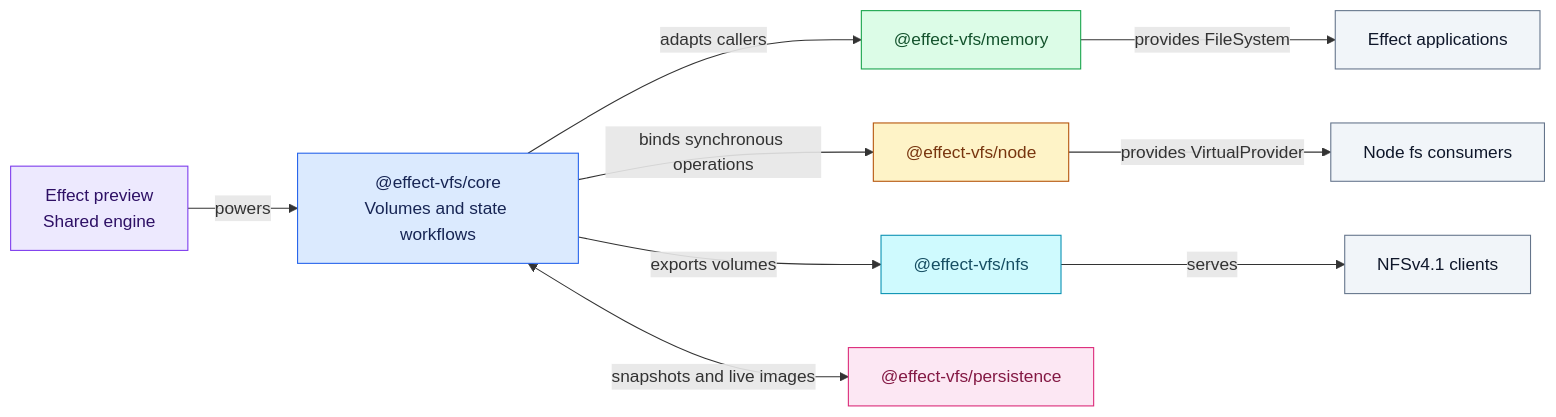
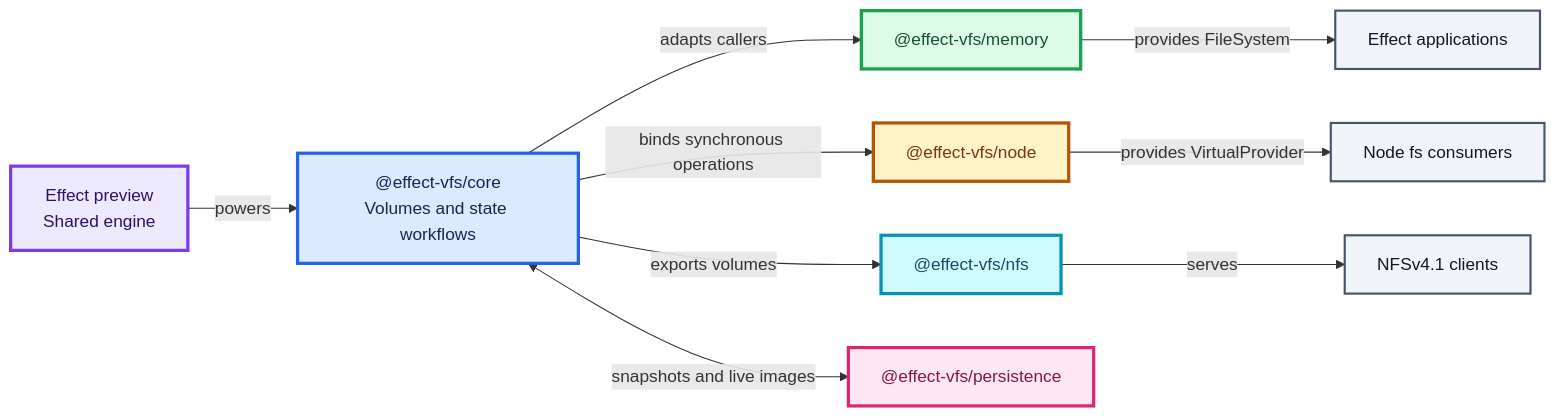
One commit to lloydrichards/effect-virtual-fs changed the first of 2 diagrams in .okf/architecture/package-feature-map.md. Above: the diagram before and after it, drawn with Mermaid. The commit also changed other lines of this file and 1 other file, not shown here.

Commit message:
docs(okf): strengthen feature map node styles

````diff
--- a/.okf/architecture/package-feature-map.md
+++ b/.okf/architecture/package-feature-map.md
@@ -38,25 +38,25 @@
 ```mermaid
 flowchart LR
   Preview["Effect preview<br/>Shared engine"] -->|powers| Core["@effect-vfs/core<br/>Volumes and state workflows"]
   Core -->|adapts callers| Memory["@effect-vfs/memory"]
   Core -->|binds synchronous operations| Node["@effect-vfs/node"]
   Core -->|exports volumes| NFS["@effect-vfs/nfs"]
   Core <-->|snapshots and live images| Persistence["@effect-vfs/persistence"]
   Memory -->|provides FileSystem| EffectApps["Effect applications"]
   Node -->|provides VirtualProvider| NodeApps["Node fs consumers"]
   NFS -->|serves| Clients["NFSv4.1 clients"]
-  classDef preview fill:#ede9fe,stroke:#7c3aed,color:#2e1065
-  classDef core fill:#dbeafe,stroke:#2563eb,color:#172554
-  classDef memory fill:#dcfce7,stroke:#16a34a,color:#14532d
-  classDef node fill:#fef3c7,stroke:#b45309,color:#78350f
-  classDef persistence fill:#fce7f3,stroke:#db2777,color:#831843
-  classDef nfs fill:#cffafe,stroke:#0891b2,color:#164e63
-  classDef external fill:#f1f5f9,stroke:#64748b,color:#0f172a
+  classDef preview fill:#ede9fe,stroke:#7c3aed,color:#2e1065,stroke-width:3px
+  classDef core fill:#dbeafe,stroke:#2563eb,color:#172554,stroke-width:3px
+  classDef memory fill:#dcfce7,stroke:#16a34a,color:#14532d,stroke-width:3px
+  classDef node fill:#fef3c7,stroke:#b45309,color:#78350f,stroke-width:3px
+  classDef persistence fill:#fce7f3,stroke:#db2777,color:#831843,stroke-width:3px
+  classDef nfs fill:#cffafe,stroke:#0891b2,color:#164e63,stroke-width:3px
+  classDef external fill:#f1f5f9,stroke:#475569,color:#0f172a,stroke-width:2px
   class Preview preview
   class Core core
   class Memory memory
   class Node node
   class Persistence persistence
   class NFS nfs
   class EffectApps,NodeApps,Clients external
 ```
````
